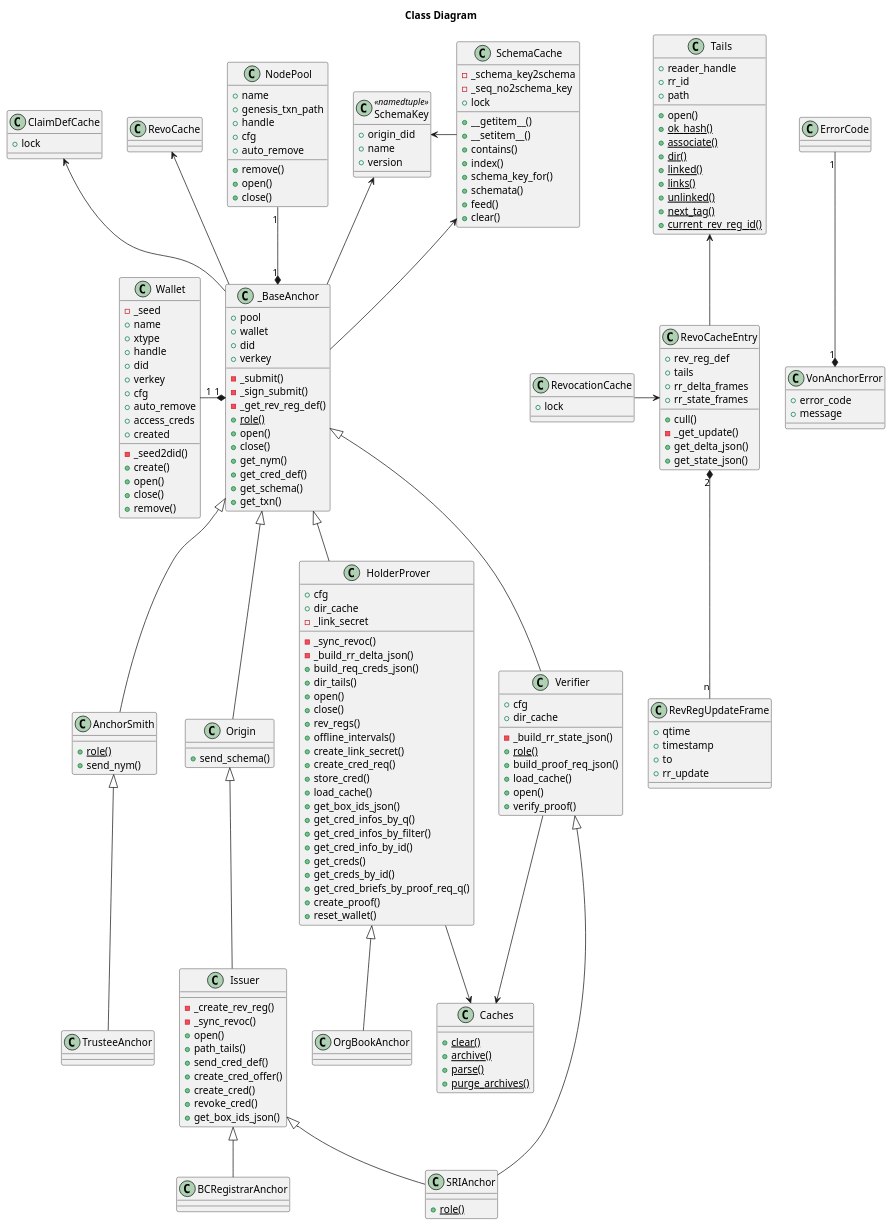
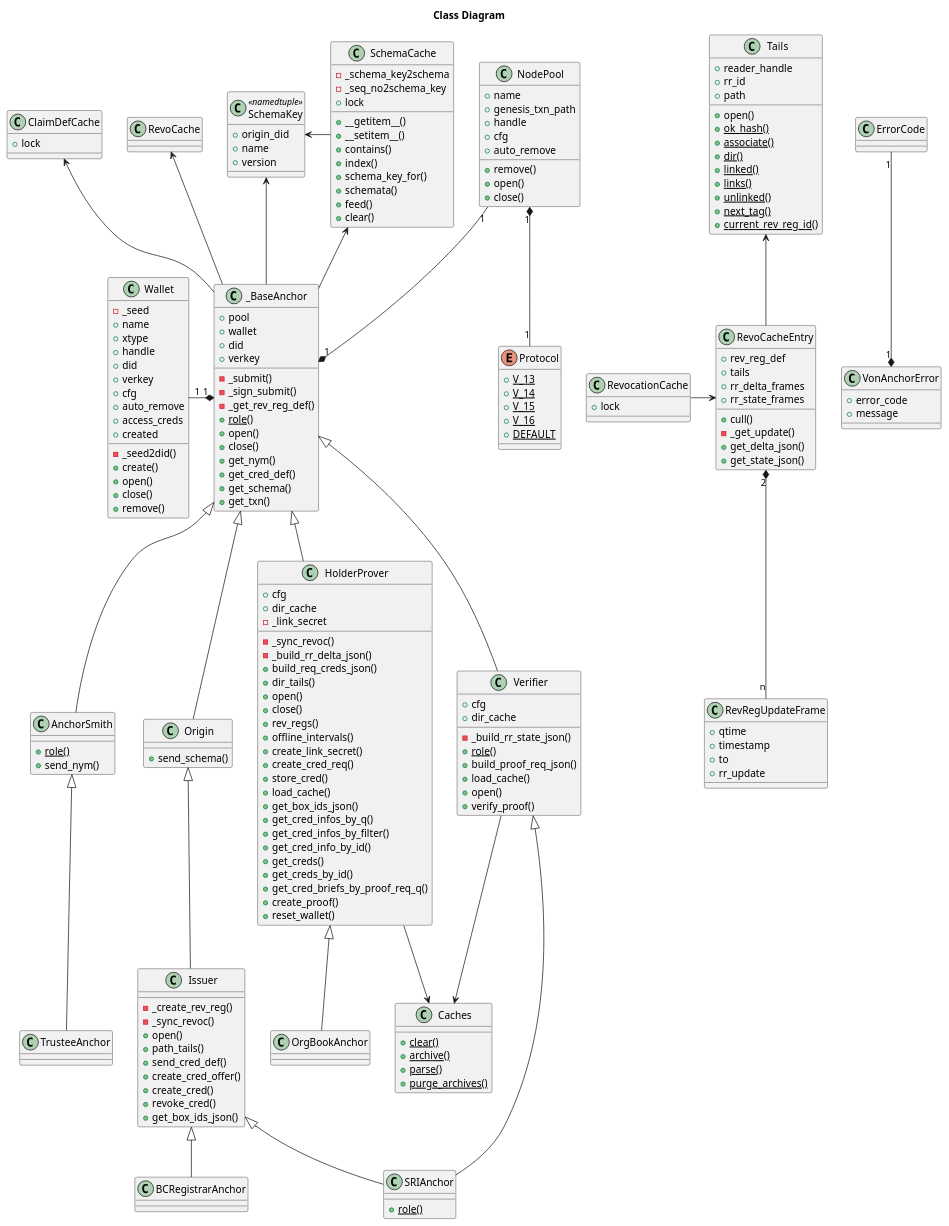
One commit to PSPC-SPAC-buyandsell/von_base changed the diagram in doc/pic/src/class.puml. Above: the diagram before and after it, drawn with PlantUML. The commit also changed 2 other files, not shown here.

Commit message:
support distinct indy node protocols

```diff
--- a/doc/pic/src/class.puml
+++ b/doc/pic/src/class.puml
@@ -111,6 +111,14 @@
     +remove()
 }
 
+enum Protocol {
+    {static} +V_13
+    {static} +V_14
+    {static} +V_15
+    {static} +V_16
+    {static} +DEFAULT
+}
+
 class NodePool {
     +name
     +genesis_txn_path
@@ -215,6 +223,8 @@
 SchemaCache -left-> SchemaKey
 _BaseAnchor -left-> SchemaKey
 
+NodePool "1" *-- "1" Protocol
+
 _BaseAnchor -up-> SchemaCache
 _BaseAnchor "1" *-left- "1" Wallet
 _BaseAnchor "1" *-up- "1" NodePool
```
